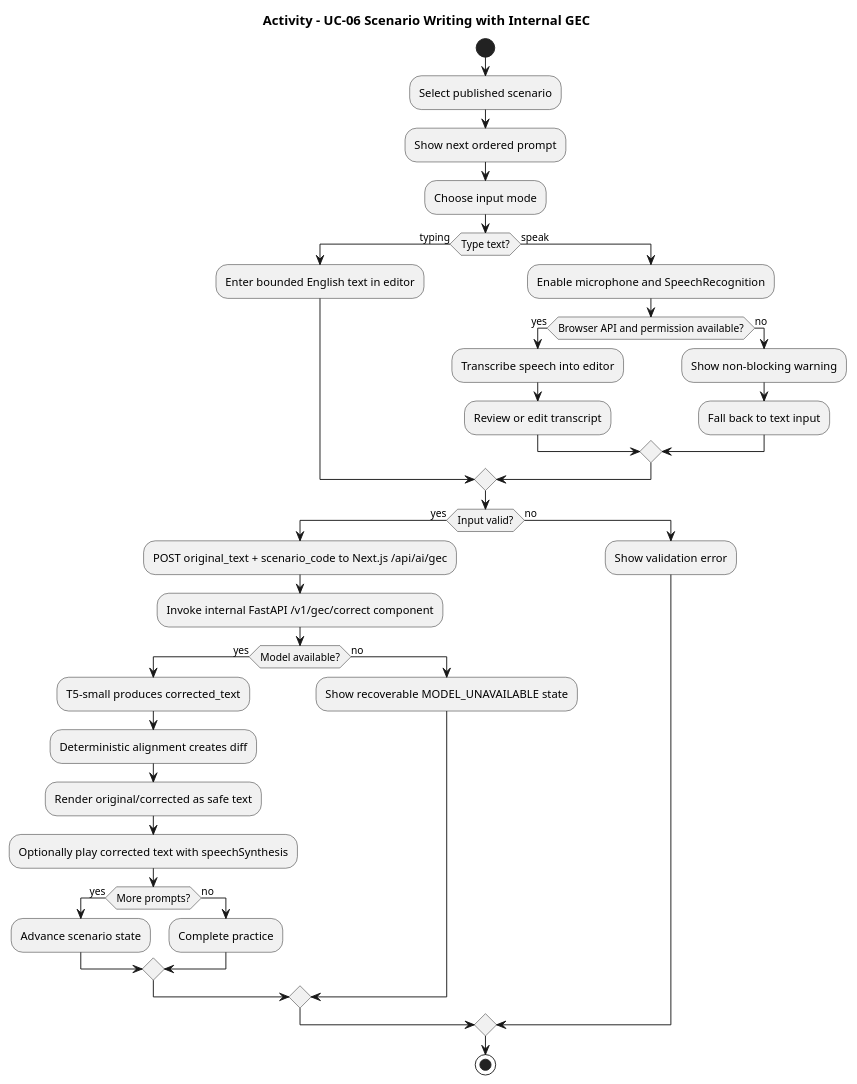
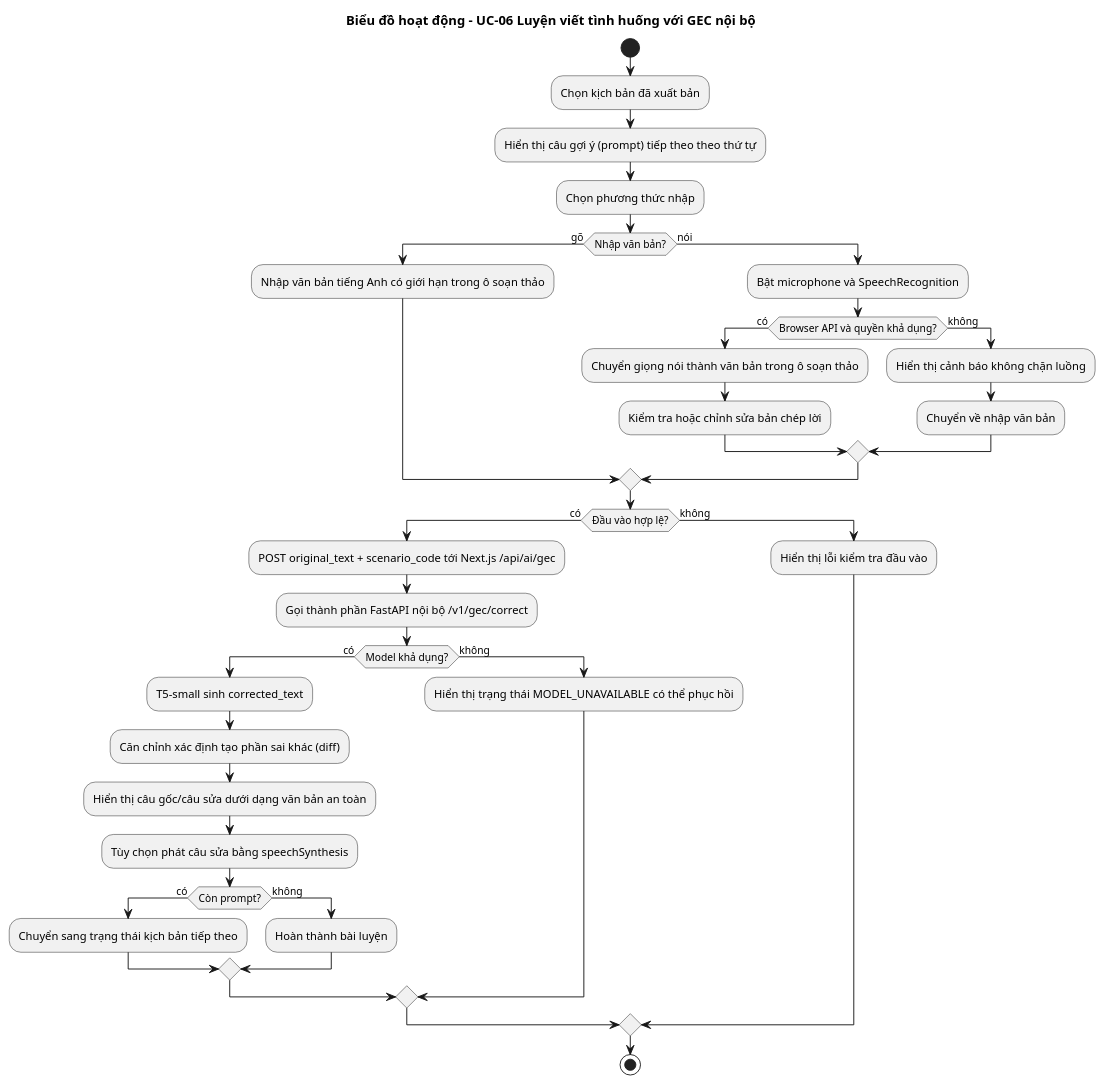
Before and after one commit to PhamNguyenThanhTung/lingora-workspace: the diagram in docs/plantuml/activity-gec-practice.puml, drawn with PlantUML. The commit also changed 25 other files, not shown here.

Commit message:
docs: vietnamize PlantUML diagrams

```diff
--- a/docs/plantuml/activity-gec-practice.puml
+++ b/docs/plantuml/activity-gec-practice.puml
@@ -1,40 +1,40 @@
 @startuml
-title Activity - UC-06 Scenario Writing with Internal GEC
+title Biểu đồ hoạt động - UC-06 Luyện viết tình huống với GEC nội bộ
 skinparam shadowing false
 start
-:Select published scenario;
-:Show next ordered prompt;
-:Choose input mode;
-if (Type text?) then (typing)
-  :Enter bounded English text in editor;
-else (speak)
-  :Enable microphone and SpeechRecognition;
-  if (Browser API and permission available?) then (yes)
-    :Transcribe speech into editor;
-    :Review or edit transcript;
-  else (no)
-    :Show non-blocking warning;
-    :Fall back to text input;
+:Chọn kịch bản đã xuất bản;
+:Hiển thị câu gợi ý (prompt) tiếp theo theo thứ tự;
+:Chọn phương thức nhập;
+if (Nhập văn bản?) then (gõ)
+  :Nhập văn bản tiếng Anh có giới hạn trong ô soạn thảo;
+else (nói)
+  :Bật microphone và SpeechRecognition;
+  if (Browser API và quyền khả dụng?) then (có)
+    :Chuyển giọng nói thành văn bản trong ô soạn thảo;
+    :Kiểm tra hoặc chỉnh sửa bản chép lời;
+  else (không)
+    :Hiển thị cảnh báo không chặn luồng;
+    :Chuyển về nhập văn bản;
   endif
 endif
-if (Input valid?) then (yes)
-  :POST original_text + scenario_code to Next.js /api/ai/gec;
-  :Invoke internal FastAPI /v1/gec/correct component;
-  if (Model available?) then (yes)
-    :T5-small produces corrected_text;
-    :Deterministic alignment creates diff;
-    :Render original/corrected as safe text;
-    :Optionally play corrected text with speechSynthesis;
-    if (More prompts?) then (yes)
-      :Advance scenario state;
-    else (no)
-      :Complete practice;
+if (Đầu vào hợp lệ?) then (có)
+  :POST original_text + scenario_code tới Next.js /api/ai/gec;
+  :Gọi thành phần FastAPI nội bộ /v1/gec/correct;
+  if (Model khả dụng?) then (có)
+    :T5-small sinh corrected_text;
+    :Căn chỉnh xác định tạo phần sai khác (diff);
+    :Hiển thị câu gốc/câu sửa dưới dạng văn bản an toàn;
+    :Tùy chọn phát câu sửa bằng speechSynthesis;
+    if (Còn prompt?) then (có)
+      :Chuyển sang trạng thái kịch bản tiếp theo;
+    else (không)
+      :Hoàn thành bài luyện;
     endif
-  else (no)
-    :Show recoverable MODEL_UNAVAILABLE state;
+  else (không)
+    :Hiển thị trạng thái MODEL_UNAVAILABLE có thể phục hồi;
   endif
-else (no)
-  :Show validation error;
+else (không)
+  :Hiển thị lỗi kiểm tra đầu vào;
 endif
 stop
 @enduml
```
